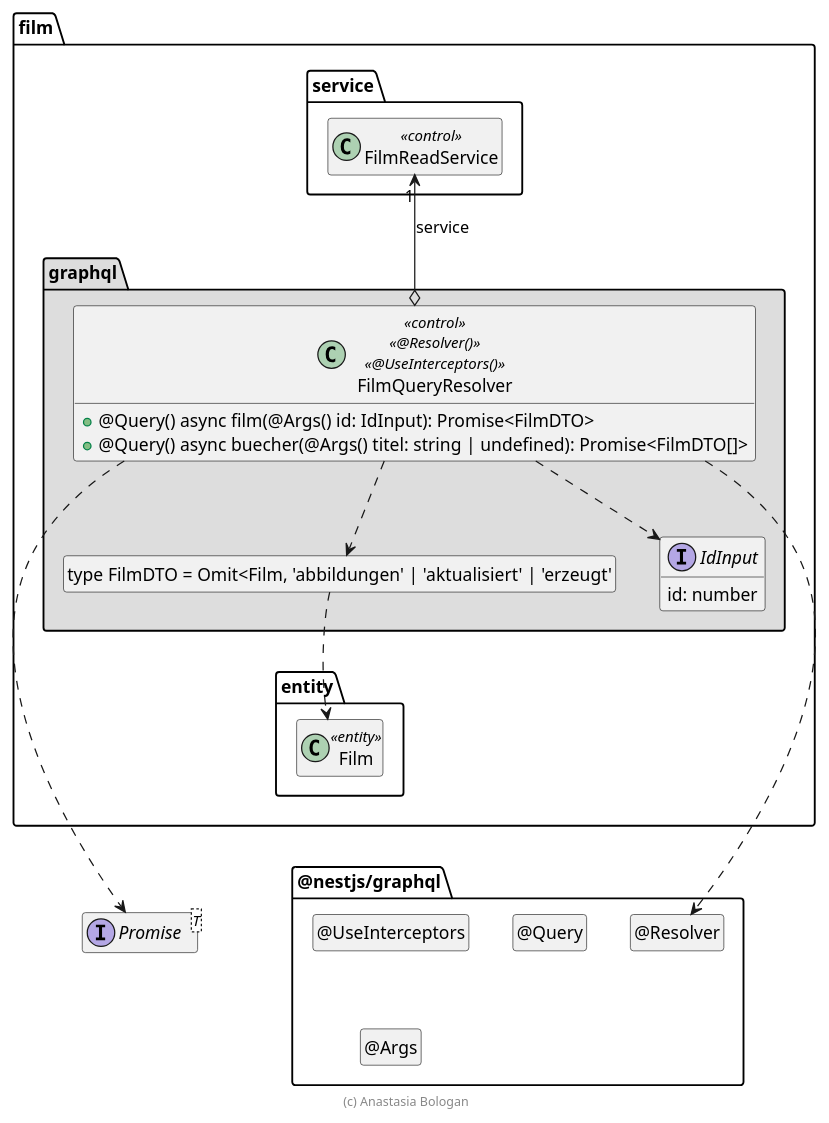
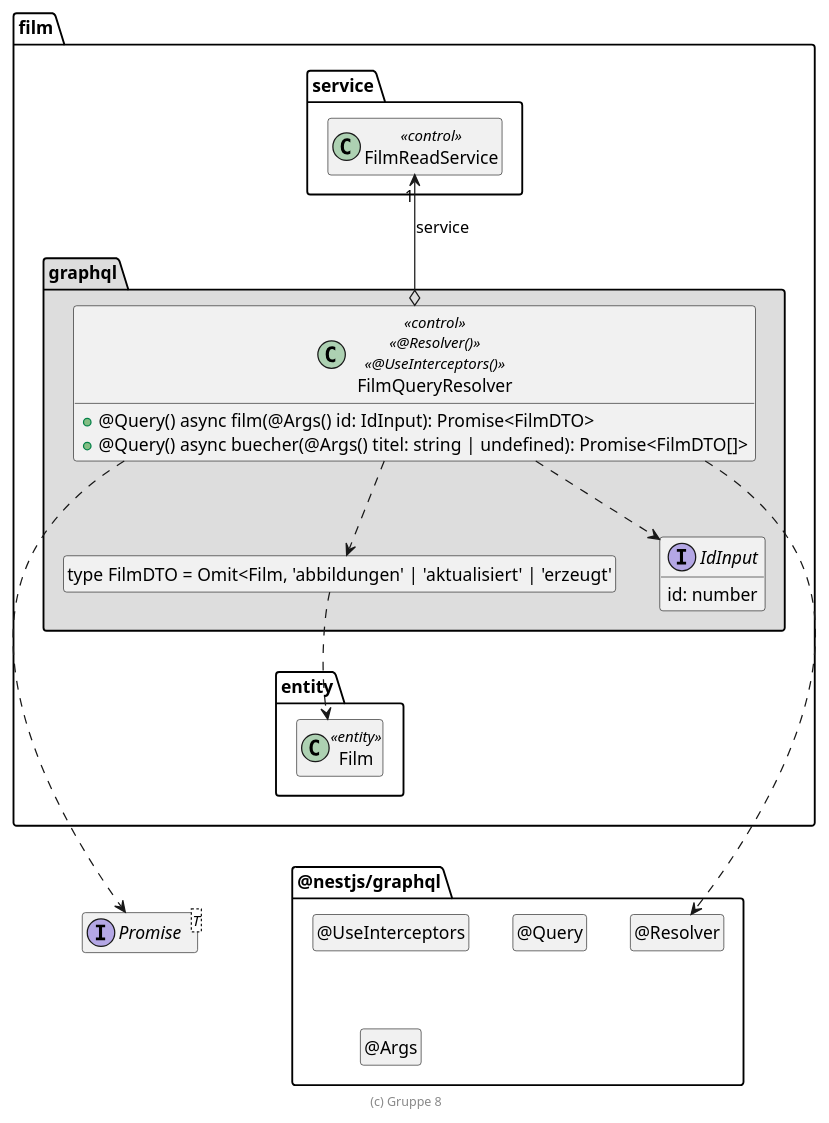
One commit to Braendli98/Film changed the diagram in .extras/doc/projekthandbuch/FilmQueryResolver.plantuml. Above: the diagram before and after it, drawn with PlantUML. The commit also changed other lines of this file and 30 other files, not shown here.

Commit message:
Plantuml_fixes

```diff
--- a/.extras/doc/projekthandbuch/FilmQueryResolver.plantuml
+++ b/.extras/doc/projekthandbuch/FilmQueryResolver.plantuml
@@ -18,63 +1,63 @@
 @startuml Controller-Klasse
 
 interface Promise<T>
 
 package @nestjs/graphql {
   class "@Resolver" as Resolver
   hide Resolver circle
 
   class "@UseInterceptors" as UseInterceptors
   hide UseInterceptors circle
 
   class "@Query" as Query
   hide Query circle
 
   class "@Args" as Args
   hide Args circle
 
   Resolver .left[hidden].> Promise
 }
 
 package film {
   package entity {
     class Film <<entity>>
   }
 
   package service {
     class FilmReadService << control >>
   }
 
   package graphql #DDDDDD {
     class "type FilmDTO = Omit<Film, 'abbildungen' | 'aktualisiert' | 'erzeugt'" as FilmDTO
     hide FilmDTO circle
 
     interface IdInput {
         id: number
     }
 
     class FilmQueryResolver << control >> << @Resolver() >> << @UseInterceptors() >> {
       + @Query() async film(@Args() id: IdInput): Promise<FilmDTO>
       + @Query() async buecher(@Args() titel: string | undefined): Promise<FilmDTO[]>
     }
 
     FilmQueryResolver o-up-> "1" FilmReadService : service
     FilmQueryResolver ..> FilmDTO
     FilmQueryResolver ..> IdInput
     FilmDTO ..> Film
     FilmQueryResolver ..> Resolver
 
     FilmQueryResolver ..> Promise
 
     FilmDTO .[hidden].> Film
     Film .[hidden].> Promise
     FilmReadService .[hidden].> Promise
     Film .[hidden].> Resolver
     FilmReadService .[hidden].> Resolver
   }
 }
 
 hide empty members
 
-footer (c) Anastasia Bologan
+footer (c) Gruppe 8
 
 @enduml
```
